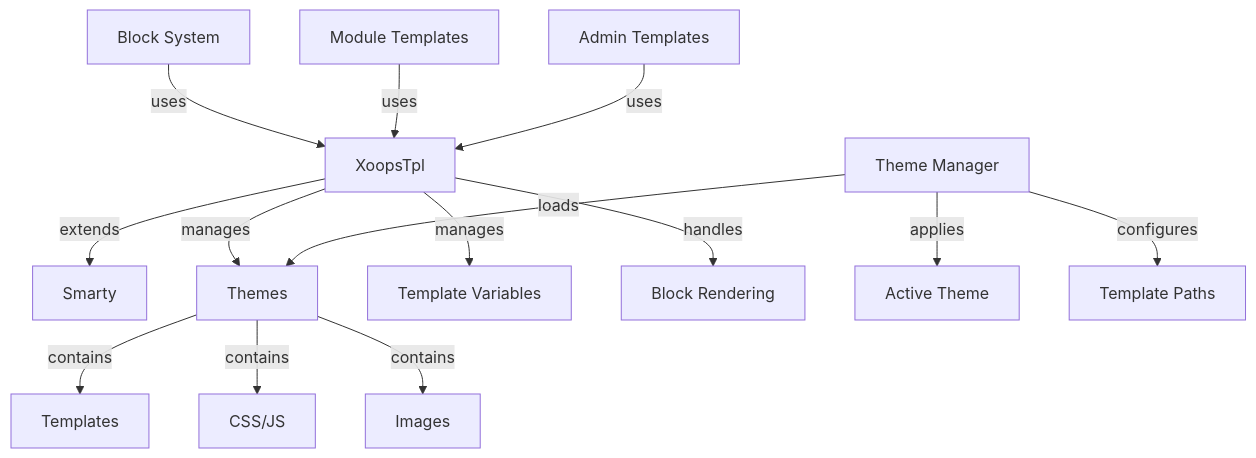
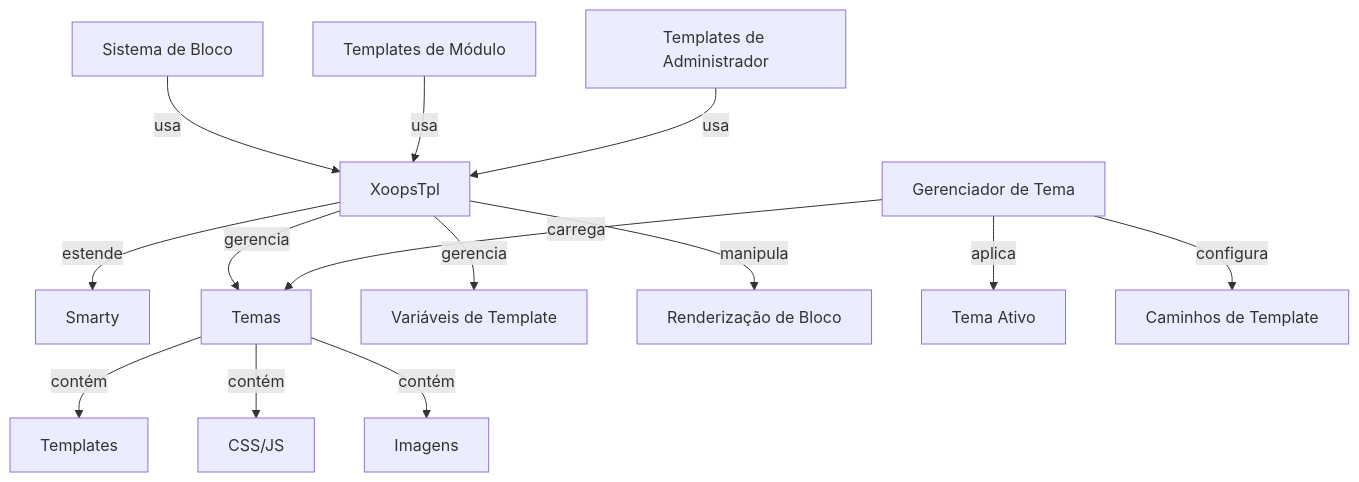
One commit to mambax7/xoops-docs changed the diagram in apps/docs-27/src/content/docs/pt/api-reference/template/system.md. Above: the diagram before and after it, drawn with Mermaid. The commit also changed other lines of this file and 162 other files, not shown here.

````diff
--- a/apps/docs-27/src/content/docs/pt/api-reference/template/system.md
+++ b/apps/docs-27/src/content/docs/pt/api-reference/template/system.md
@@ -10,19 +10,19 @@
 ```mermaid
 graph TD
-    A[XoopsTpl] -->|extends| B[Smarty]
-    A -->|manages| C[Themes]
-    A -->|manages| D[Template Variables]
-    A -->|handles| E[Block Rendering]
+    A[XoopsTpl] -->|estende| B[Smarty]
+    A -->|gerencia| C[Temas]
+    A -->|gerencia| D[Variáveis de Template]
+    A -->|manipula| E[Renderização de Bloco]
 
-    C -->|contains| F[Templates]
-    C -->|contains| G[CSS/JS]
-    C -->|contains| H[Images]
+    C -->|contém| F[Templates]
+    C -->|contém| G[CSS/JS]
+    C -->|contém| H[Imagens]
 
-    I[Theme Manager] -->|loads| C
-    I -->|applies| J[Active Theme]
-    I -->|configures| K[Template Paths]
+    I[Gerenciador de Tema] -->|carrega| C
+    I -->|aplica| J[Tema Ativo]
+    I -->|configura| K[Caminhos de Template]
 
-    L[Block System] -->|uses| A
-    M[Module Templates] -->|uses| A
-    N[Admin Templates] -->|uses| A
+    L[Sistema de Bloco] -->|usa| A
+    M[Templates de Módulo] -->|usa| A
+    N[Templates de Administrador] -->|usa| A
 ```
````
